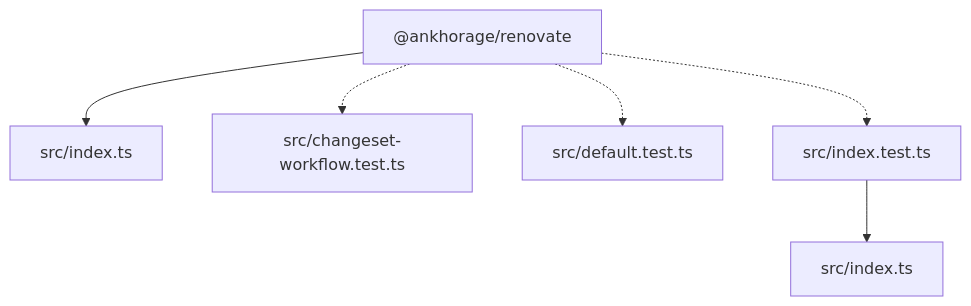
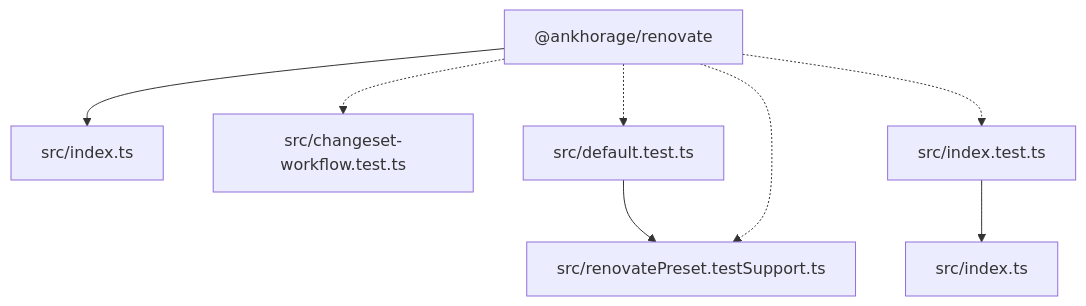
The diagram in paradox/diagrams/architecture-overview.mmd (ankhorage/renovate), drawn with Mermaid before and after one commit. The commit also changed 11 other files, not shown here.

```diff
--- a/paradox/diagrams/architecture-overview.mmd
+++ b/paradox/diagrams/architecture-overview.mmd
@@ -1,12 +1,15 @@
 graph TD
   package__ankhorage_renovate["@ankhorage/renovate"]
   entrypoint_src_index_ts["src/index.ts"]
   package__ankhorage_renovate --> entrypoint_src_index_ts
   module_src_changeset_workflow_test_ts["src/changeset-workflow.test.ts"]
   package__ankhorage_renovate -.-> module_src_changeset_workflow_test_ts
   module_src_default_test_ts["src/default.test.ts"]
   package__ankhorage_renovate -.-> module_src_default_test_ts
+  module_src_default_test_ts --> module_src_renovatePreset_testSupport_ts
   module_src_index_test_ts["src/index.test.ts"]
   package__ankhorage_renovate -.-> module_src_index_test_ts
   module_src_index_test_ts --> module_src_index_ts
   module_src_index_ts["src/index.ts"]
+  module_src_renovatePreset_testSupport_ts["src/renovatePreset.testSupport.ts"]
+  package__ankhorage_renovate -.-> module_src_renovatePreset_testSupport_ts
```
